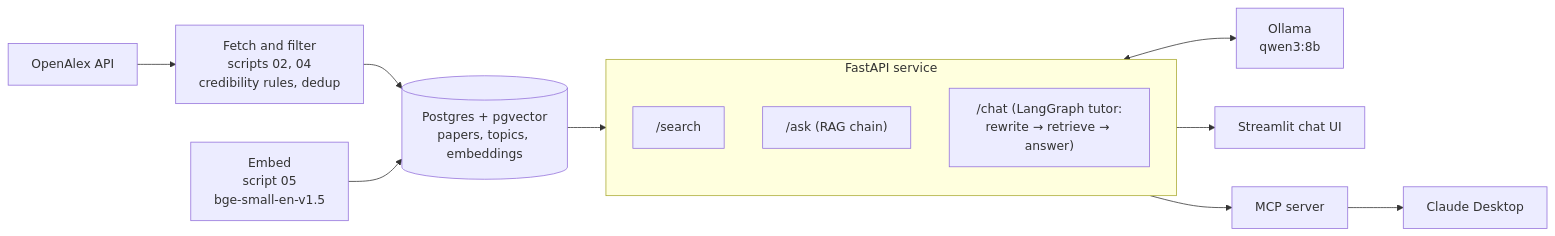
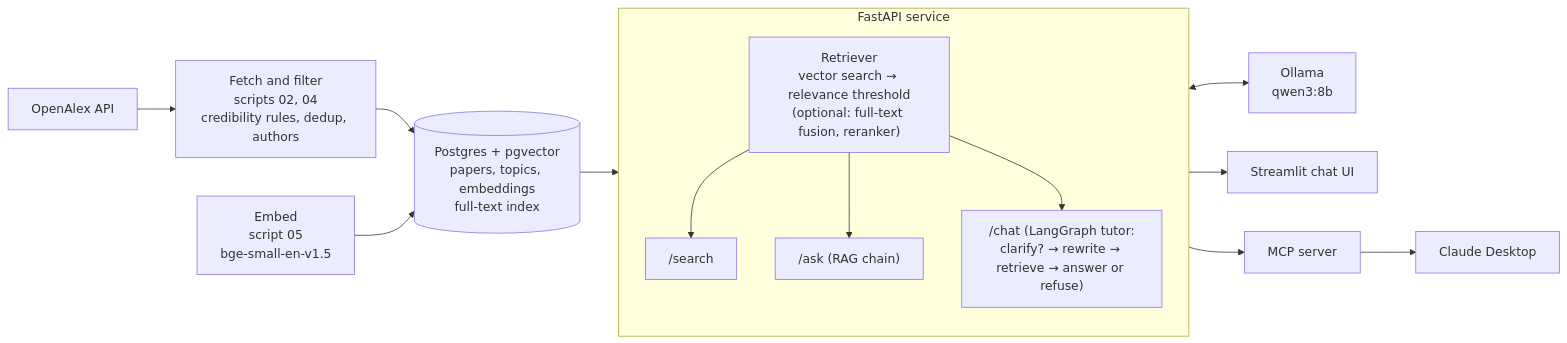
Before and after one commit to AymenFeki/paper-tutor: the diagram in README.md, drawn with Mermaid. The commit also changed other lines of this file and 1 other file, not shown here.

````diff
--- a/README.md
+++ b/README.md
@@ -20,19 +20,23 @@
 ```mermaid
 flowchart LR
-    OA[OpenAlex API] --> FETCH["Fetch and filter<br/>scripts 02, 04<br/>credibility rules, dedup"]
-    FETCH --> DB[("Postgres + pgvector<br/>papers, topics, embeddings")]
+    OA[OpenAlex API] --> FETCH["Fetch and filter<br/>scripts 02, 04<br/>credibility rules, dedup, authors"]
+    FETCH --> DB[("Postgres + pgvector<br/>papers, topics, embeddings<br/>full-text index")]
     EMB["Embed<br/>script 05<br/>bge-small-en-v1.5"] --> DB
 
     subgraph API["FastAPI service"]
         direction TB
+        RET["Retriever<br/>vector search → relevance threshold<br/>(optional: full-text fusion, reranker)"]
         SEARCH["/search"]
         ASK["/ask (RAG chain)"]
-        CHAT["/chat (LangGraph tutor:<br/>rewrite → retrieve → answer)"]
+        CHAT["/chat (LangGraph tutor:<br/>clarify? → rewrite → retrieve → answer or refuse)"]
+        RET --> SEARCH
+        RET --> ASK
+        RET --> CHAT
     end
 
     DB --> API
     API <--> LLM["Ollama<br/>qwen3:8b"]
     API --> UI["Streamlit chat UI"]
     API --> MCP["MCP server"]
     MCP --> CD["Claude Desktop"]
 ```
````
